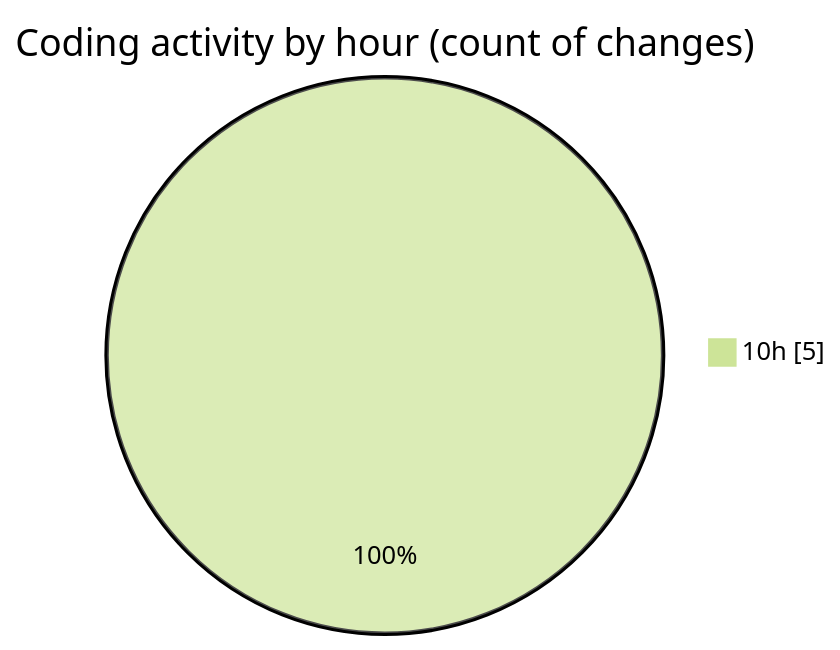
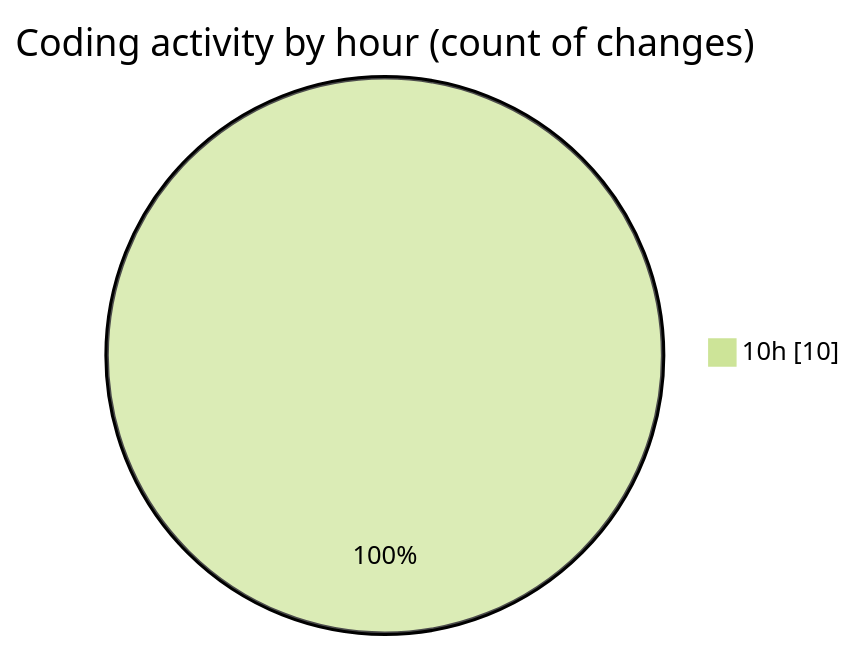
One commit to LanceThiago/code-tracking changed the second of 2 diagrams in 2025-01-13/nueva_carpeta/README.md. Above: the diagram before and after it, drawn with Mermaid (forest theme). The commit also changed other lines of this file and 1 other file, not shown here.

````diff
--- a/2025-01-13/nueva_carpeta/README.md
+++ b/2025-01-13/nueva_carpeta/README.md
@@ -28,5 +28,5 @@
 ```mermaid
 pie showData
 title Coding activity by hour (count of changes)
-"10h" : 5
+"10h" : 10
 ```
````
